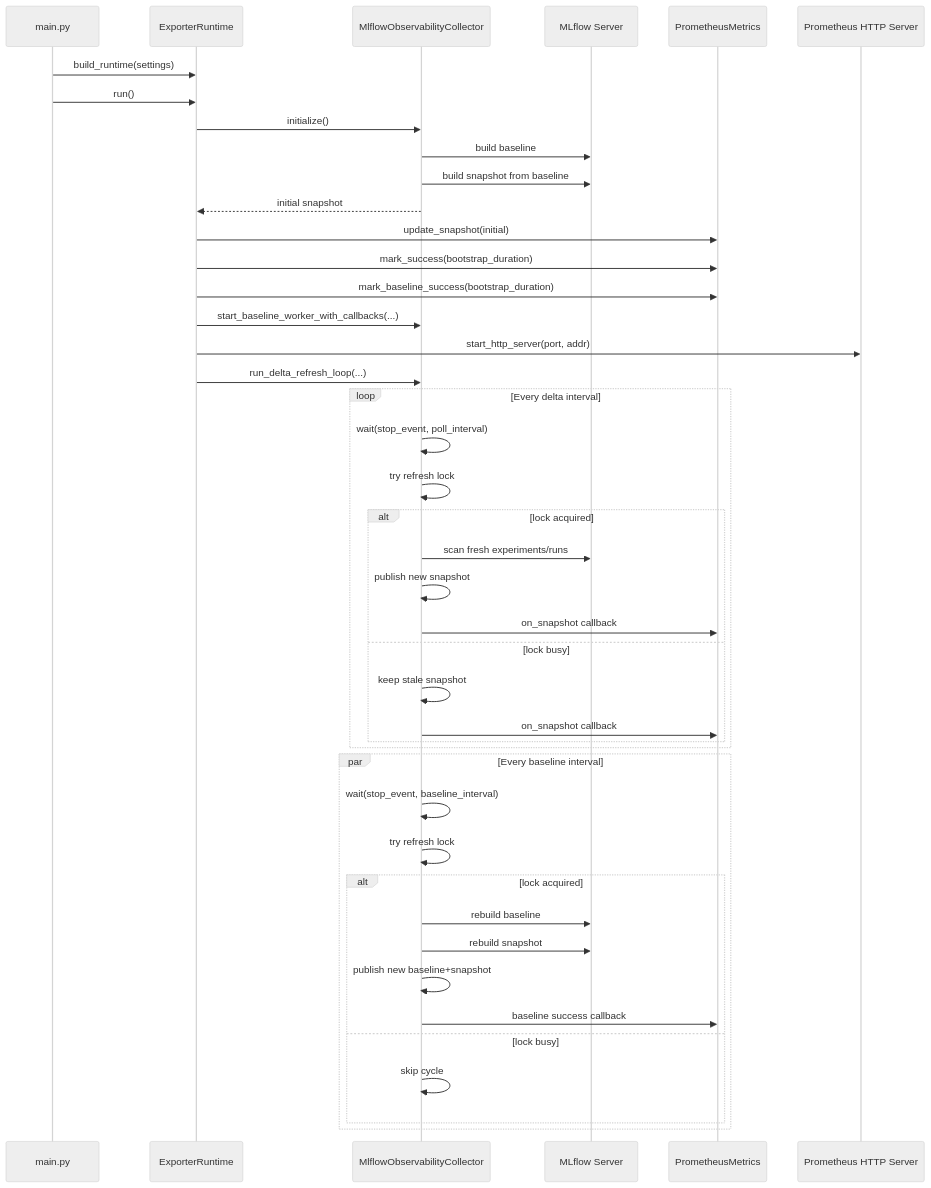
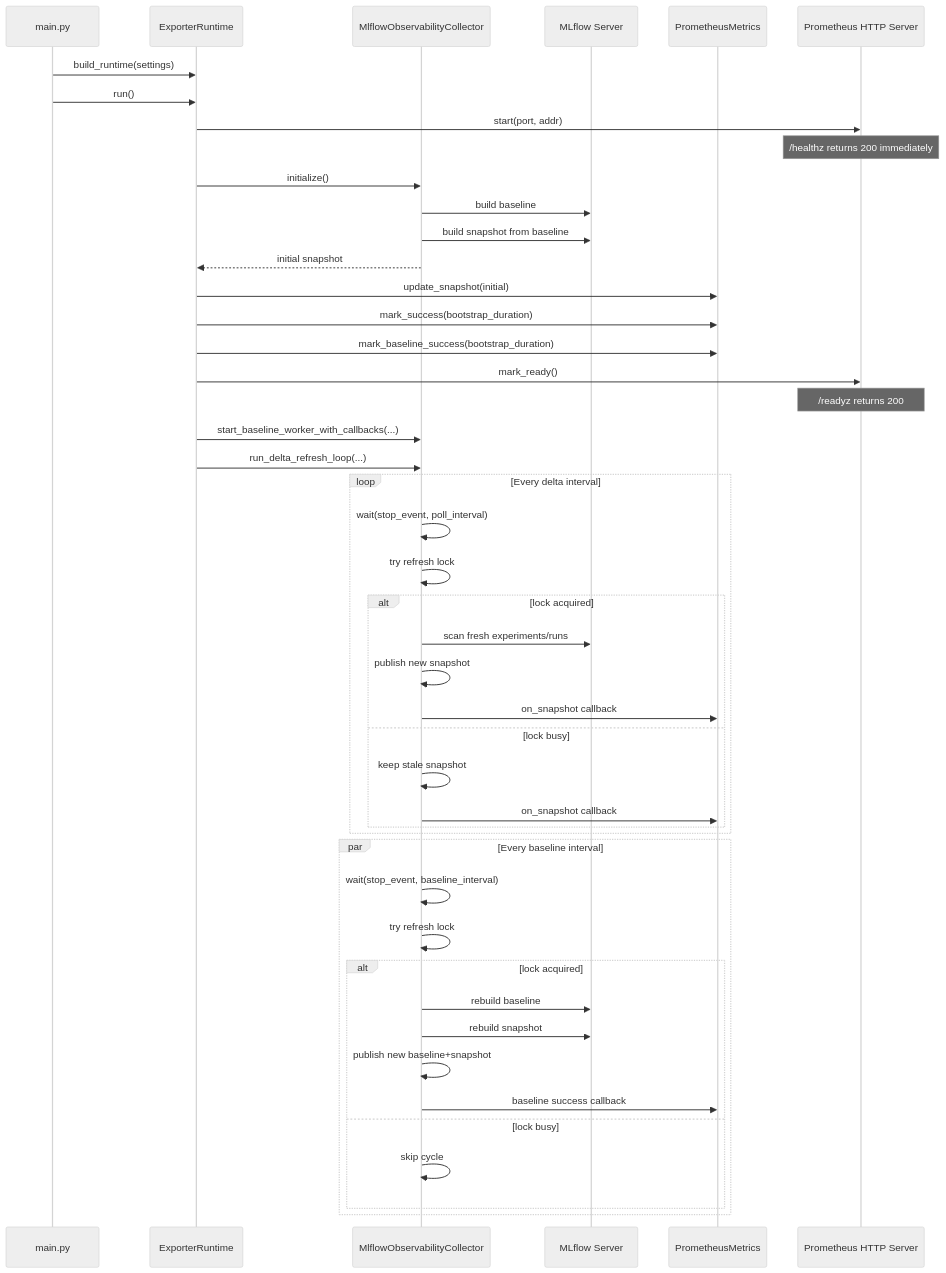
Before and after one commit to matzmz/mlflow-prometheus-exporter: the third of 3 diagrams in ARCHITECTURE.md, drawn with Mermaid (neutral theme). The commit also changed other lines of this file and 1 other file, not shown here.

````diff
--- a/ARCHITECTURE.md
+++ b/ARCHITECTURE.md
@@ -285,49 +313,53 @@
 ```mermaid
 sequenceDiagram
     participant Main as main.py
     participant Runtime as ExporterRuntime
     participant Collector as MlflowObservabilityCollector
     participant MLflow as MLflow Server
     participant Metrics as PrometheusMetrics
     participant HTTP as Prometheus HTTP Server
 
     Main->>Runtime: build_runtime(settings)
     Main->>Runtime: run()
 
+    Runtime->>HTTP: start(port, addr)
+    Note over HTTP: /healthz returns 200 immediately
+
     Runtime->>Collector: initialize()
     Collector->>MLflow: build baseline
     Collector->>MLflow: build snapshot from baseline
     Collector-->>Runtime: initial snapshot
     Runtime->>Metrics: update_snapshot(initial)
     Runtime->>Metrics: mark_success(bootstrap_duration)
     Runtime->>Metrics: mark_baseline_success(bootstrap_duration)
+    Runtime->>HTTP: mark_ready()
+    Note over HTTP: /readyz returns 200
     Runtime->>Collector: start_baseline_worker_with_callbacks(...)
-    Runtime->>HTTP: start_http_server(port, addr)
     Runtime->>Collector: run_delta_refresh_loop(...)
 
     loop Every delta interval
         Collector->>Collector: wait(stop_event, poll_interval)
         Collector->>Collector: try refresh lock
         alt lock acquired
             Collector->>MLflow: scan fresh experiments/runs
             Collector->>Collector: publish new snapshot
             Collector->>Metrics: on_snapshot callback
         else lock busy
             Collector->>Collector: keep stale snapshot
             Collector->>Metrics: on_snapshot callback
         end
     end
 
     par Every baseline interval
         Collector->>Collector: wait(stop_event, baseline_interval)
         Collector->>Collector: try refresh lock
         alt lock acquired
             Collector->>MLflow: rebuild baseline
             Collector->>MLflow: rebuild snapshot
             Collector->>Collector: publish new baseline+snapshot
             Collector->>Metrics: baseline success callback
         else lock busy
             Collector->>Collector: skip cycle
         end
     end
 ```
````
